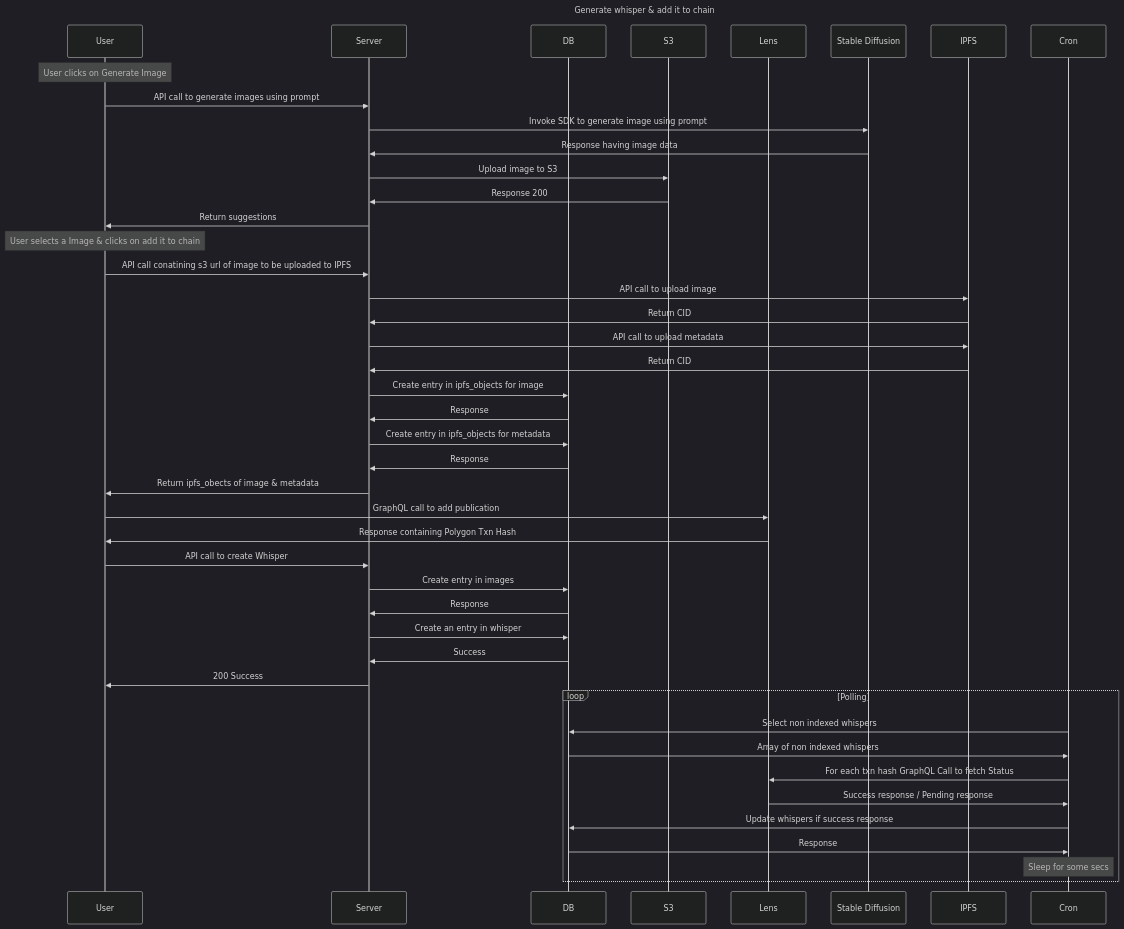
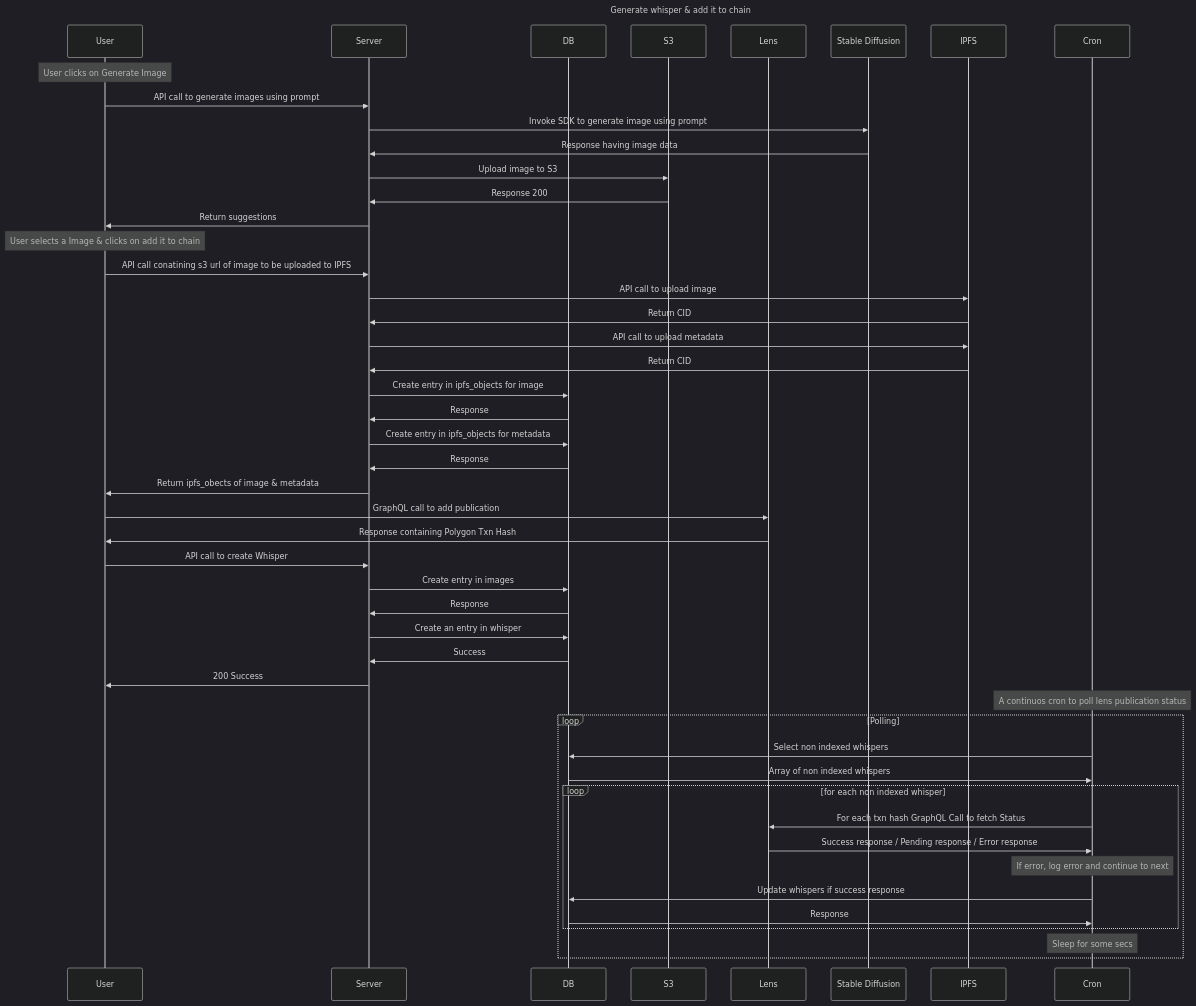
Before and after one commit to TrueSparrowSystems/whisper-chain-be: the diagram in docs/sequenceDiagrams/generateAndWhisperToChain.mermaid, drawn with Mermaid (dark theme). The commit also changed 1 other file, not shown here.

Commit message:
Update sequence diagrams

```diff
--- a/docs/sequenceDiagrams/generateAndWhisperToChain.mermaid
+++ b/docs/sequenceDiagrams/generateAndWhisperToChain.mermaid
@@ -1,60 +1,64 @@
 %% Documentation: https://mermaid-js.github.io/mermaid/#/sequenceDiagram
 %% Editor: https://mermaid.live/edit
 
 sequenceDiagram
 title Generate whisper & add it to chain
 
 participant Browser as User
 participant Server
 participant DB
 participant S3
 
 participant Lens
 participant SD as Stable Diffusion
 participant Ipfs as IPFS
 
 participant Cron
 
 Note over Browser: User clicks on Generate Image
 
 Browser->>Server: API call to generate images using prompt
 Server->> SD: Invoke SDK to generate image using prompt
 SD->>Server: Response having image data
 Server->>S3: Upload image to S3
 S3->>Server: Response 200
 Server->>Browser: Return suggestions
 
 Note over Browser: User selects a Image & clicks on add it to chain
 
 Browser->>Server: API call conatining s3 url of image to be uploaded to IPFS
 Server->>Ipfs: API call to upload image
 Ipfs->>Server: Return CID
 Server->>Ipfs: API call to upload metadata
 Ipfs->>Server: Return CID
 Server->>DB: Create entry in ipfs_objects for image
 DB->>Server: Response
 Server->>DB: Create entry in ipfs_objects for metadata
 DB->>Server: Response
 
 Server->>Browser: Return ipfs_obects of image & metadata
 
 Browser->>Lens: GraphQL call to add publication
 Lens->>Browser: Response containing Polygon Txn Hash
 
 Browser->>Server: API call to create Whisper 
 Server->>DB: Create entry in images
 DB->>Server: Response
 
 Server->>DB: Create an entry in whisper
 DB->>Server: Success
 Server->>Browser: 200 Success
 
+Note over Cron: A continuos cron to poll lens publication status
 loop Polling
     Cron->>DB: Select non indexed whispers
     DB->>Cron: Array of non indexed whispers
-    Cron->>Lens: For each txn hash GraphQL Call to fetch Status
-    Lens->>Cron: Success response / Pending response
-    Cron->>DB: Update whispers if success response
-    DB->>Cron: Response
+    loop for each non indexed whisper
+        Cron->>Lens: For each txn hash GraphQL Call to fetch Status
+        Lens->>Cron: Success response / Pending response / Error response
+        Note over Cron: If error, log error and continue to next
+        Cron->>DB: Update whispers if success response
+        DB->>Cron: Response
+    end
     Note over Cron: Sleep for some secs
 end
```
